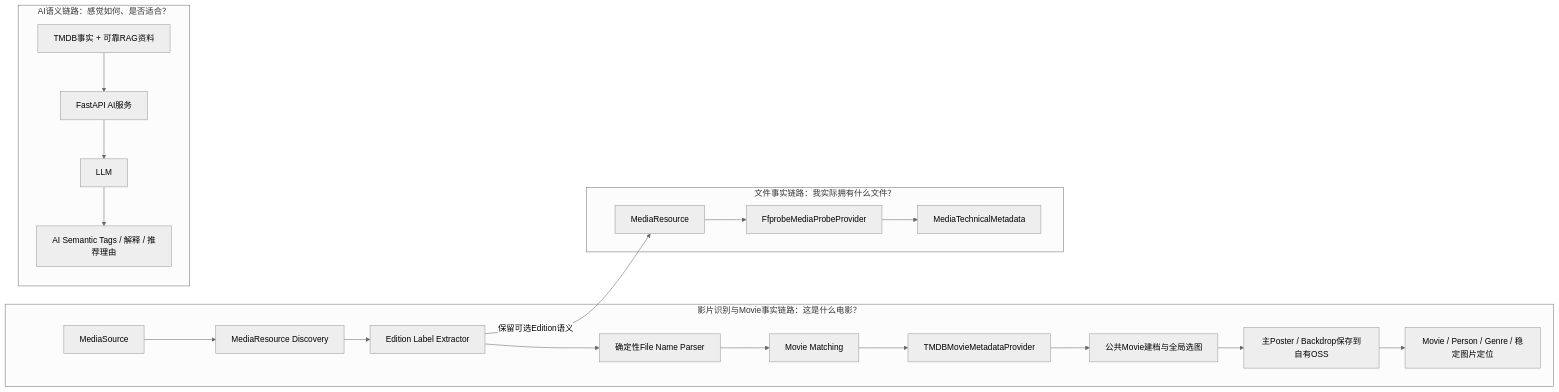
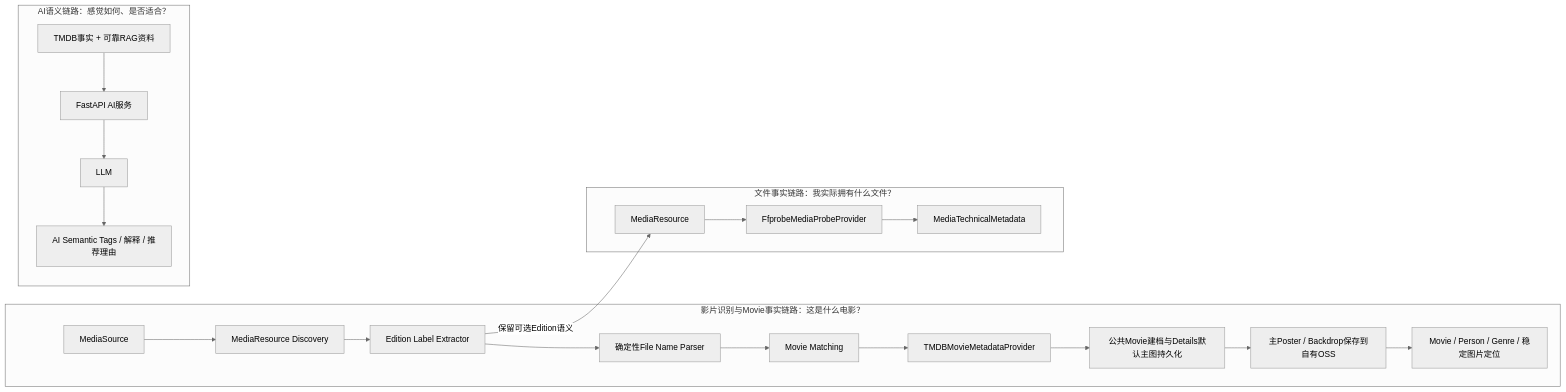
One commit to yuanchaoy03-dot/AI-Media-Center changed diagram 11 of 30 in docs/02-系统架构设计文档.md. Above: the diagram before and after it, drawn with Mermaid (neutral theme). The commit also changed other lines of this file and 3 other files, not shown here.

Commit message:
docs: 统一TMDB主海报与背景图选取规则

````diff
--- a/docs/02-系统架构设计文档.md
+++ b/docs/02-系统架构设计文档.md
@@ -964,26 +965,26 @@
 ```mermaid
 flowchart LR
     subgraph MoviePath["影片识别与Movie事实链路：这是什么电影？"]
         MS["MediaSource"] --> Discovery["MediaResource Discovery"]
         Discovery --> Edition["Edition Label Extractor"]
         Edition --> Parser["确定性File Name Parser"]
         Parser --> Match["Movie Matching"]
         Match --> TMDB["TMDBMovieMetadataProvider"]
-        TMDB --> Ingestion["公共Movie建档与全局选图"]
+        TMDB --> Ingestion["公共Movie建档与Details默认主图持久化"]
         Ingestion --> OSS["主Poster / Backdrop保存到自有OSS"]
         OSS --> Movie["Movie / Person / Genre / 稳定图片定位"]
     end
 
     subgraph ResourcePath["文件事实链路：我实际拥有什么文件？"]
         MR["MediaResource"] --> Probe["FfprobeMediaProbeProvider"]
         Probe --> Technical["MediaTechnicalMetadata"]
     end
 
     Edition -->|"保留可选Edition语义"| MR
 
     subgraph AIPath["AI语义链路：感觉如何、是否适合？"]
         Facts["TMDB事实 + 可靠RAG资料"] --> FastAPI["FastAPI AI服务"]
         FastAPI --> LLM["LLM"]
         LLM --> Semantic["AI Semantic Tags / 解释 / 推荐理由"]
     end
 ```
````
